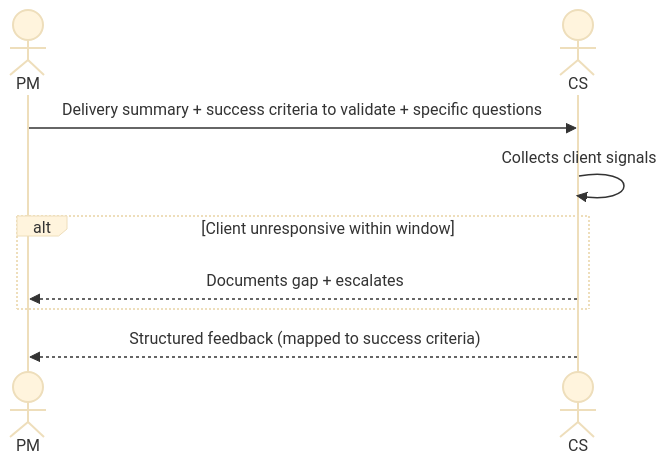
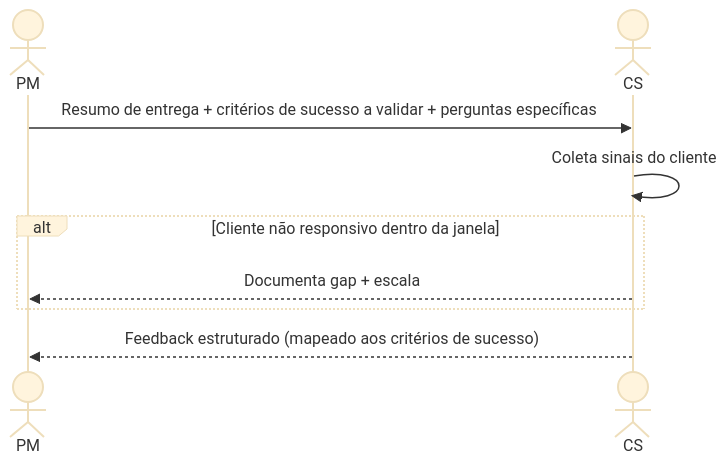
Before and after one commit to hugo-hsbtech/teamwork-process: the diagram in interactions/13-pm-to-cs.md, drawn with Mermaid (base theme). The commit also changed other lines of this file and 64 other files, not shown here.

````diff
--- a/interactions/13-pm-to-cs.md
+++ b/interactions/13-pm-to-cs.md
@@ -61,14 +61,14 @@
 ```mermaid
 sequenceDiagram
     actor PM as PM
     actor CS as CS
 
-    PM->>CS: Delivery summary + success criteria to validate + specific questions
-    CS->>CS: Collects client signals
+    PM->>CS: Resumo de entrega + critérios de sucesso a validar + perguntas específicas
+    CS->>CS: Coleta sinais do cliente
 
-    alt Client unresponsive within window
-        CS-->>PM: Documents gap + escalates
+    alt Cliente não responsivo dentro da janela
+        CS-->>PM: Documenta gap + escala
     end
 
-    CS-->>PM: Structured feedback (mapped to success criteria)
+    CS-->>PM: Feedback estruturado (mapeado aos critérios de sucesso)
 ```
````
